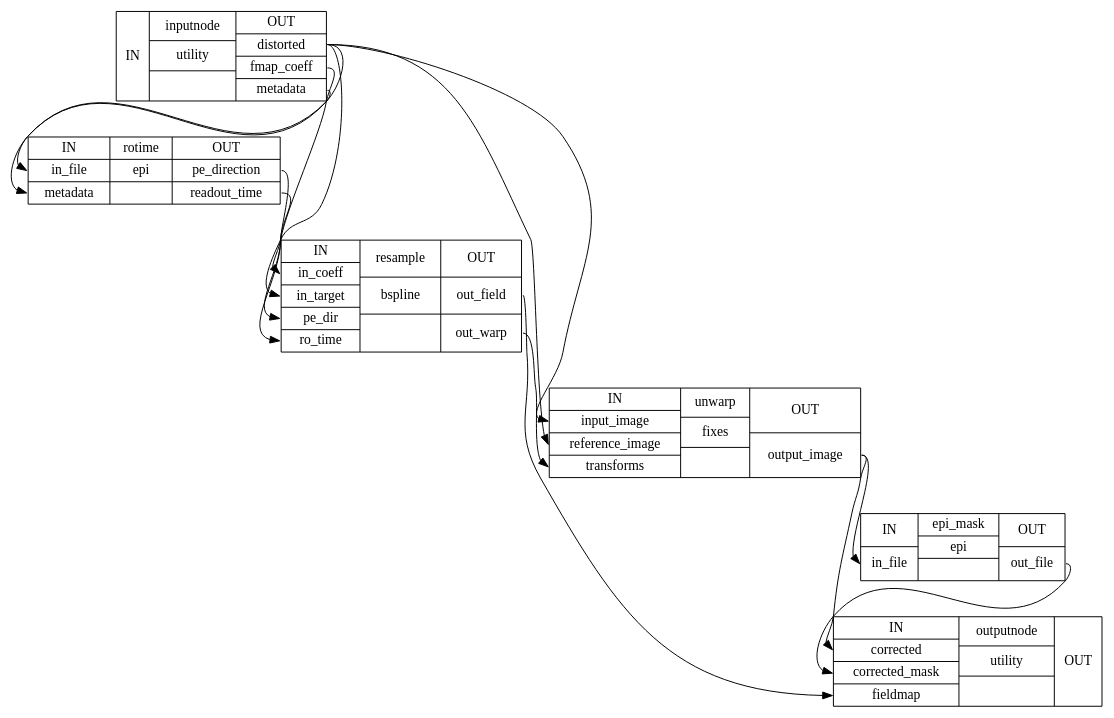
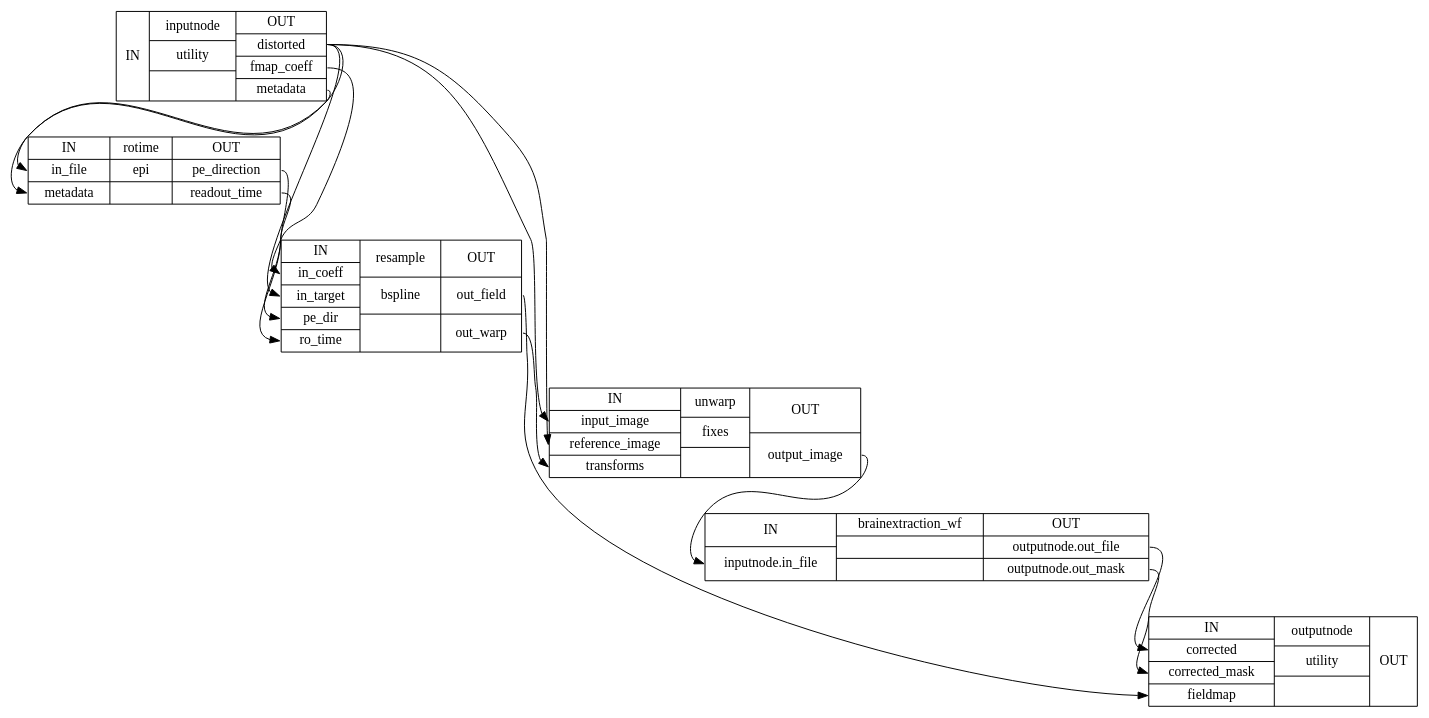
The diagram in dev_1.4.0/wf_directive/api/unwarp_wf/sdcflows-workflows-apply-correction-1_detailed.dot (wayne009007/sdcflows), drawn with Graphviz before and after one commit. The commit also changed 3168 other files, not shown here.

```diff
--- a/dev_1.4.0/wf_directive/api/unwarp_wf/sdcflows-workflows-apply-correction-1_detailed.dot
+++ b/dev_1.4.0/wf_directive/api/unwarp_wf/sdcflows-workflows-apply-correction-1_detailed.dot
@@ -1,22 +1,22 @@
 digraph structs {
 node [shape=record];
 unwarp_wfinputnode [label="{IN}|{ inputnode | utility |  }|{OUT|<outdistorted> distorted|<outfmapcoeff> fmap_coeff|<outmetadata> metadata}"];
 unwarp_wfrotime [label="{IN|<ininfile> in_file|<inmetadata> metadata}|{ rotime | epi |  }|{OUT|<outpedirection> pe_direction|<outreadouttime> readout_time}"];
 unwarp_wfresample [label="{IN|<inincoeff> in_coeff|<inintarget> in_target|<inpedir> pe_dir|<inrotime> ro_time}|{ resample | bspline |  }|{OUT|<outoutfield> out_field|<outoutwarp> out_warp}"];
 unwarp_wfunwarp [label="{IN|<ininputimage> input_image|<inreferenceimage> reference_image|<intransforms> transforms}|{ unwarp | fixes |  }|{OUT|<outoutputimage> output_image}"];
-unwarp_wfepi_mask [label="{IN|<ininfile> in_file}|{ epi_mask | epi |  }|{OUT|<outoutfile> out_file}"];
+unwarp_wfbrainextraction_wf [label="{IN|<ininputnodeinfile> inputnode.in_file}|{ brainextraction_wf |  |  }|{OUT|<outoutputnodeoutfile> outputnode.out_file|<outoutputnodeoutmask> outputnode.out_mask}"];
 unwarp_wfoutputnode [label="{IN|<incorrected> corrected|<incorrectedmask> corrected_mask|<infieldmap> fieldmap}|{ outputnode | utility |  }|{OUT}"];
-unwarp_wfepi_mask:outoutfile:e -> unwarp_wfoutputnode:incorrectedmask:w;
+unwarp_wfbrainextraction_wf:outoutputnodeoutfile:e -> unwarp_wfoutputnode:incorrected:w;
+unwarp_wfbrainextraction_wf:outoutputnodeoutmask:e -> unwarp_wfoutputnode:incorrectedmask:w;
 unwarp_wfinputnode:outdistorted:e -> unwarp_wfresample:inintarget:w;
 unwarp_wfinputnode:outdistorted:e -> unwarp_wfrotime:ininfile:w;
 unwarp_wfinputnode:outdistorted:e -> unwarp_wfunwarp:ininputimage:w;
 unwarp_wfinputnode:outdistorted:e -> unwarp_wfunwarp:inreferenceimage:w;
 unwarp_wfinputnode:outfmapcoeff:e -> unwarp_wfresample:inincoeff:w;
 unwarp_wfinputnode:outmetadata:e -> unwarp_wfrotime:inmetadata:w;
 unwarp_wfresample:outoutfield:e -> unwarp_wfoutputnode:infieldmap:w;
 unwarp_wfresample:outoutwarp:e -> unwarp_wfunwarp:intransforms:w;
 unwarp_wfrotime:outpedirection:e -> unwarp_wfresample:inpedir:w;
 unwarp_wfrotime:outreadouttime:e -> unwarp_wfresample:inrotime:w;
-unwarp_wfunwarp:outoutputimage:e -> unwarp_wfepi_mask:ininfile:w;
-unwarp_wfunwarp:outoutputimage:e -> unwarp_wfoutputnode:incorrected:w;
+unwarp_wfunwarp:outoutputimage:e -> unwarp_wfbrainextraction_wf:ininputnodeinfile:w;
 }
```
